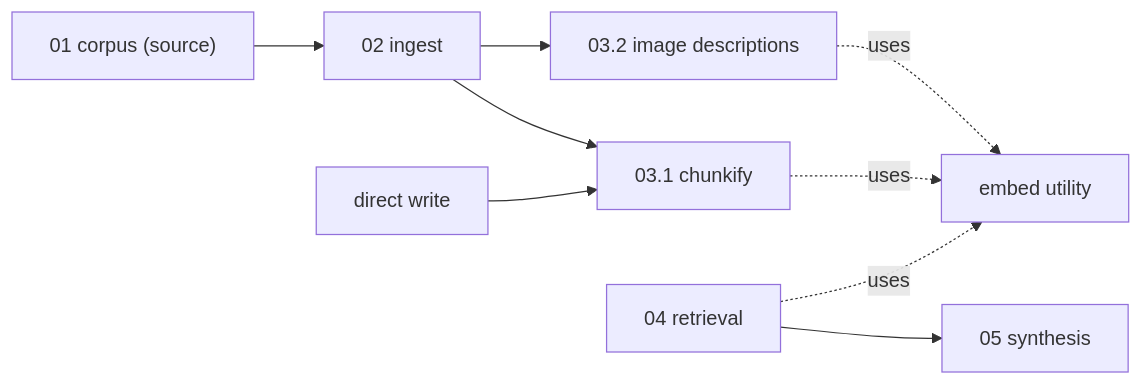
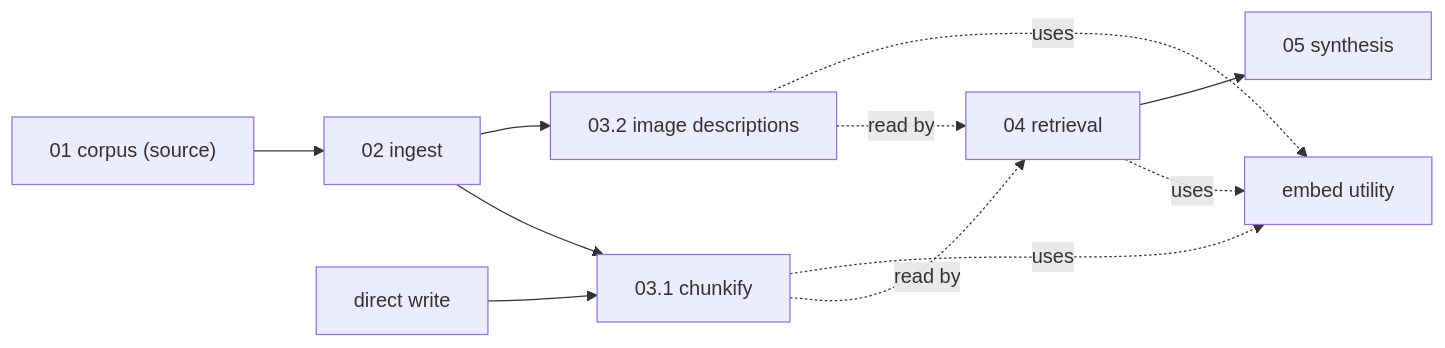
Before and after one commit to kyung-lee-official/neuxus: the diagram in docs/modern-knowledge-base-design/README.md, drawn with Mermaid. The commit also changed other lines of this file, not shown here.

Commit message:
docs: update flowchart and freshness keys section for clarity and accuracy

````diff
--- a/docs/modern-knowledge-base-design/README.md
+++ b/docs/modern-knowledge-base-design/README.md
@@ -15,14 +15,16 @@
 ```mermaid
 ---
 theme: neo-dark
 ---
 flowchart LR
   corpus["01 corpus (source)"] --> ingest[02 ingest]
+  ingest --> imagedesc[03.2 image descriptions]
   ingest --> chunkify[03.1 chunkify]
-  ingest --> imagedesc[03.2 image descriptions]
   direct[direct write] --> chunkify
   retrieval[04 retrieval] --> synthesis[05 synthesis]
-  chunkify -. uses .-> embed[embed utility]
+  retrieval -. uses .-> embed[embed utility]
+  chunkify -. uses .-> embed
   imagedesc -. uses .-> embed
-  retrieval -. uses .-> embed
+  chunkify -. read by .-> retrieval
+  imagedesc -. read by .-> retrieval
 ```
````
